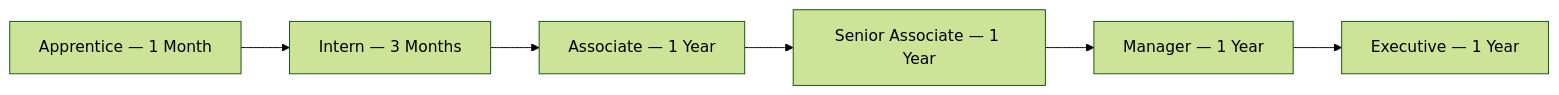
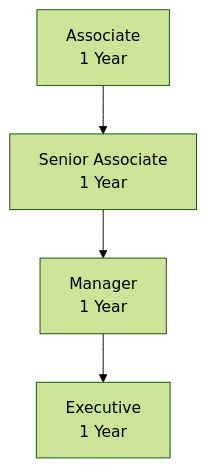
Diagram 17 of 17 in RIAH-PATHWAY-EXPERIENTIAL-STRUCTURE/EXPERIENTIAL-STRUCTURE.md (RIAHPathway/Website-Draft), drawn with Mermaid (forest theme) before and after one commit. The commit also changed other lines of this file, not shown here.

Commit message:
Break experiential Mermaid processes into readable high-level flows

````diff
--- a/RIAH-PATHWAY-EXPERIENTIAL-STRUCTURE/EXPERIENTIAL-STRUCTURE.md
+++ b/RIAH-PATHWAY-EXPERIENTIAL-STRUCTURE/EXPERIENTIAL-STRUCTURE.md
@@ -720,8 +790,6 @@
 ```mermaid
-flowchart LR
-    A[Apprentice — 1 Month] --> B[Intern — 3 Months]
-    B --> C[Associate — 1 Year]
-    C --> D[Senior Associate — 1 Year]
-    D --> E[Manager — 1 Year]
-    E --> F[Executive — 1 Year]
+flowchart TD
+    A[Associate<br/>1 Year] --> B[Senior Associate<br/>1 Year]
+    B --> C[Manager<br/>1 Year]
+    C --> D[Executive<br/>1 Year]
 ```
````
